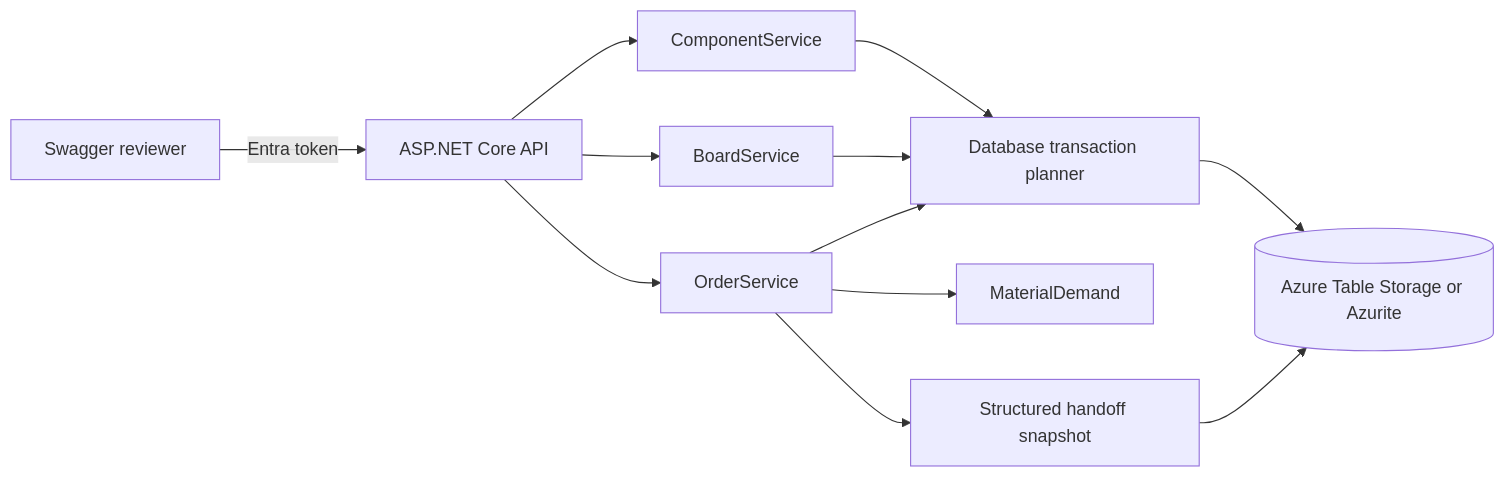
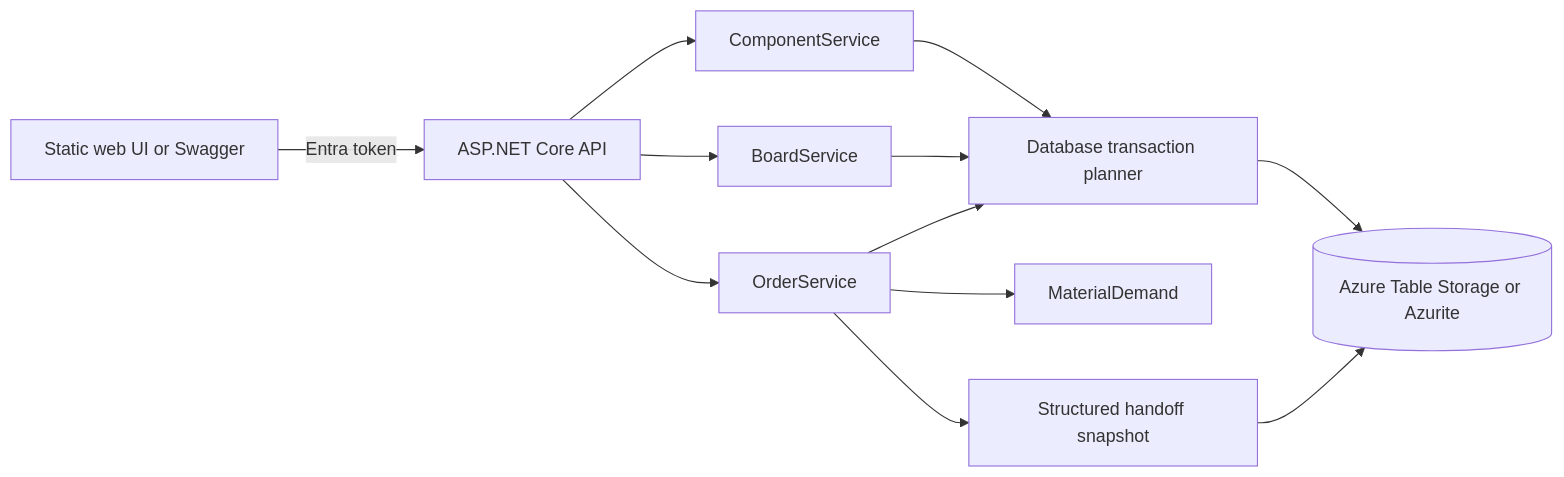
The diagram in README.md (Zergie/Coding-Challenge), drawn with Mermaid before and after one commit. The commit also changed other lines of this file and 18 other files, not shown here.

````diff
--- a/README.md
+++ b/README.md
@@ -7,14 +7,14 @@
 ```mermaid
 flowchart LR
-    Reviewer[Swagger reviewer] -->|Entra token| API[ASP.NET Core API]
+    Reviewer[Static web UI or Swagger] -->|Entra token| API[ASP.NET Core API]
     API --> Components[ComponentService]
     API --> Boards[BoardService]
     API --> Orders[OrderService]
     Components --> Store[Database transaction planner]
     Boards --> Store
     Orders --> Demand[MaterialDemand]
     Orders --> Store
     Store --> Tables[(Azure Table Storage or Azurite)]
     Orders --> Snapshot[Structured handoff snapshot]
     Snapshot --> Tables
 ```
````
